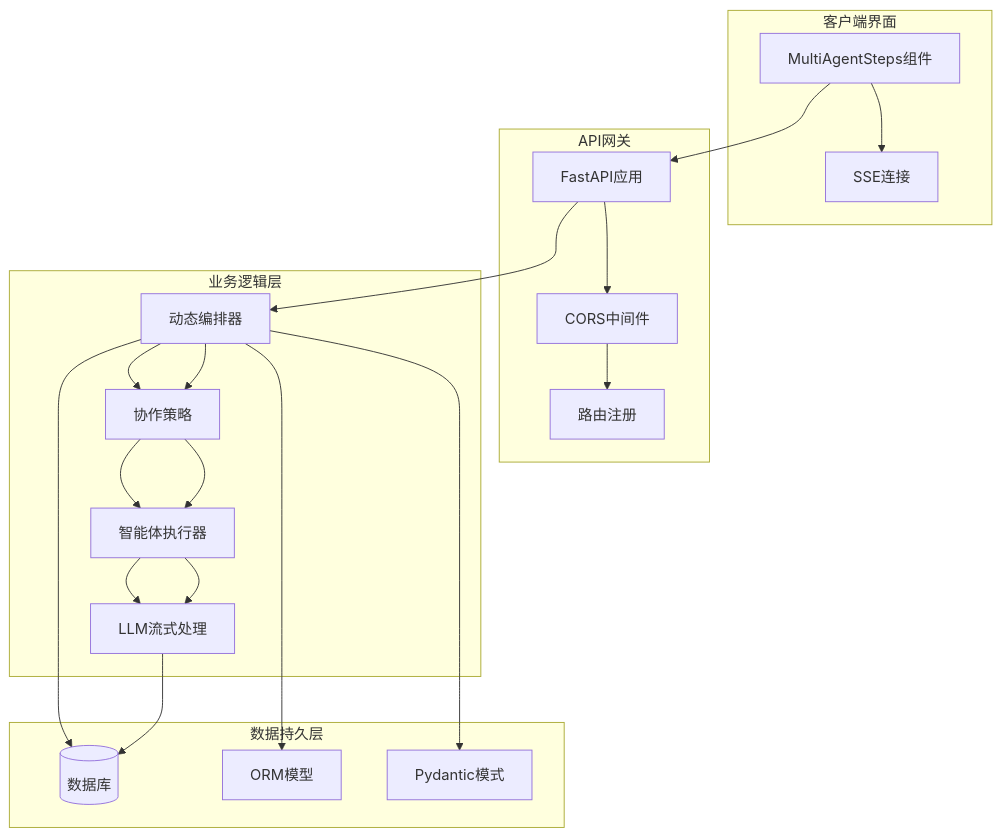
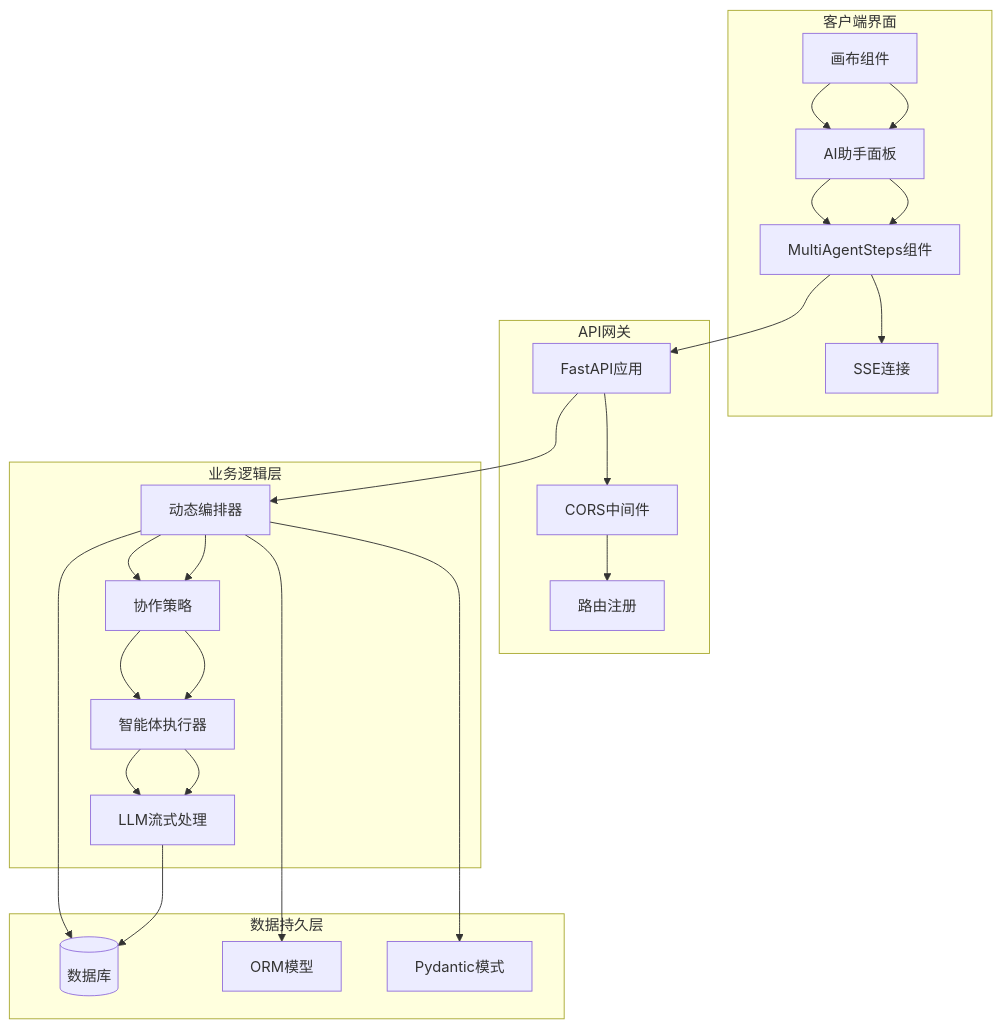
One commit to KunLabAI/KunFlix changed the third of 8 diagrams in .qoder/repowiki/zh/content/后台管理系统/多智能体步骤显示.md. Above: the diagram before and after it, drawn with Mermaid. The commit also changed other lines of this file and 29 other files, not shown here.

````diff
--- a/.qoder/repowiki/zh/content/后台管理系统/多智能体步骤显示.md
+++ b/.qoder/repowiki/zh/content/后台管理系统/多智能体步骤显示.md
@@ -123,29 +144,33 @@
 ```mermaid
 graph TB
 subgraph "客户端界面"
 UI[MultiAgentSteps组件] --> SSE[SSE连接]
+AIAssistant[AI助手面板] --> UI
+TheaterCanvas[画布组件] --> AIAssistant
 end
 subgraph "API网关"
 FastAPI[FastAPI应用] --> CORS[CORS中间件]
 CORS --> Router[路由注册]
 end
 subgraph "业务逻辑层"
 Orchestrator[动态编排器] --> Strategy[协作策略]
 Strategy --> Executor[智能体执行器]
 Executor --> LLM[LLM流式处理]
 end
 subgraph "数据持久层"
 DB[(数据库)]
 Models[ORM模型]
 Schemas[Pydantic模式]
 end
 UI --> FastAPI
+AIAssistant --> UI
+TheaterCanvas --> AIAssistant
 FastAPI --> Orchestrator
 Orchestrator --> DB
 Orchestrator --> Models
 Orchestrator --> Schemas
 Orchestrator --> Strategy
 Strategy --> Executor
 Executor --> LLM
 LLM --> DB
 ```
````
